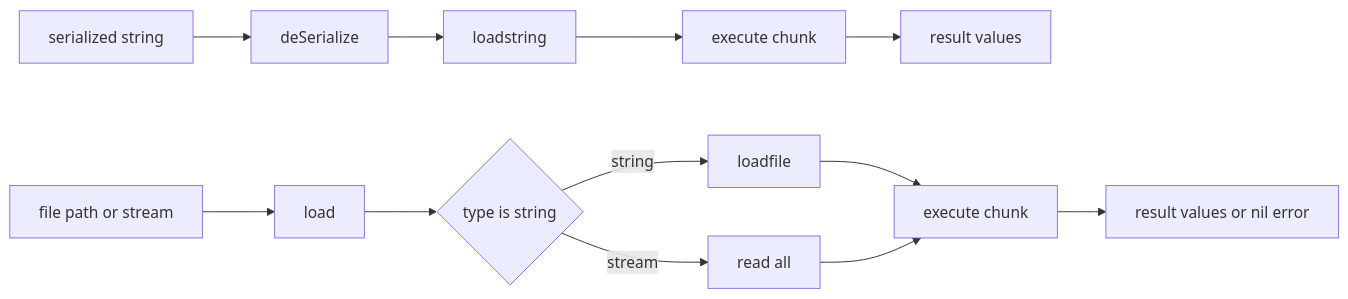
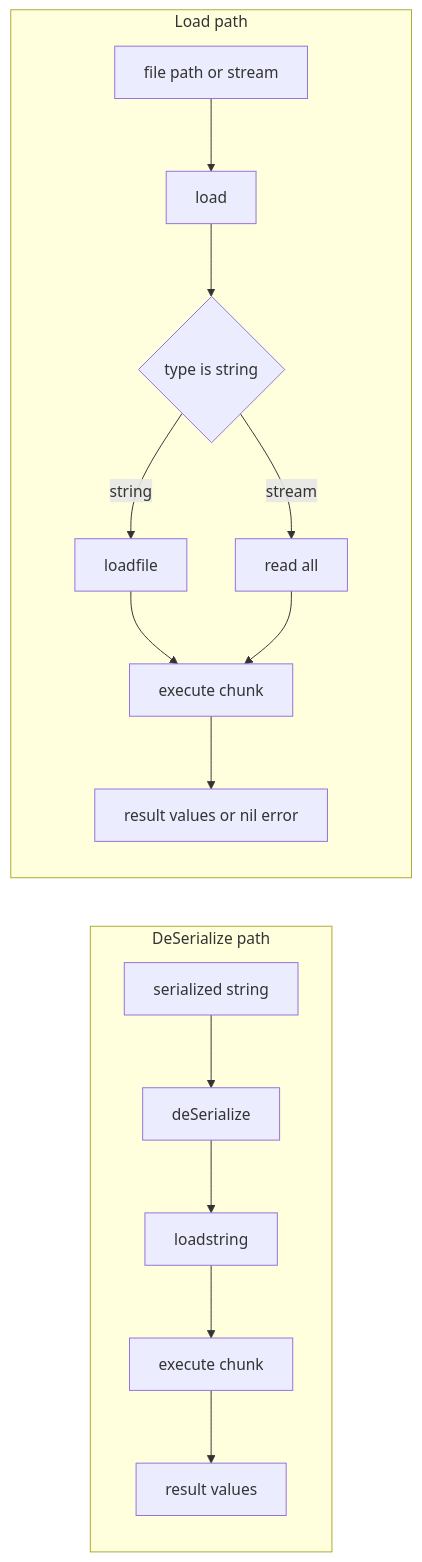
The first of 4 diagrams in docs/io/load_and_deserialize.md (Gh0st352/AETHR), drawn with Mermaid before and after one commit. The commit also changed other lines of this file and 5 other files, not shown here.

First line of the commit message:
docs(io): restructure Mermaid diagrams, add subgraphs & classes

````diff
--- a/docs/io/load_and_deserialize.md
+++ b/docs/io/load_and_deserialize.md
@@ -12,15 +12,25 @@
 ```mermaid
+%% shared theme: docs/_mermaid/theme.json %%
 flowchart LR
-  SZ[serialized string] --> DS[deSerialize]
-  DS --> LSTR[loadstring]
-  LSTR --> EXEC[execute chunk]
-  EXEC --> OUT[result values]
+  subgraph "DeSerialize path"
+    SZ[serialized string] --> DS[deSerialize]
+    DS --> LSTR[loadstring]
+    LSTR --> EXEC[execute chunk]
+    EXEC --> OUT[result values]
+  end
 
-  PATH[file path or stream] --> LD[load]
-  LD --> SEL{type is string}
-  SEL -->|string| LOADFILE[loadfile]
-  SEL -->|stream| READALL[read all]
-  LOADFILE --> EXEC2[execute chunk]
-  READALL --> EXEC2
-  EXEC2 --> OUT2[result values or nil error]
+  subgraph "Load path"
+    PATH[file path or stream] --> LD[load]
+    LD --> SEL{type is string}
+    SEL -->|string| LOADFILE[loadfile]
+    SEL -->|stream| READALL[read all]
+    LOADFILE --> EXEC2[execute chunk]
+    READALL --> EXEC2
+    EXEC2 --> OUT2[result values or nil error]
+  end
+
+  class SZ,DS,LSTR,PATH,LD class_io;
+  class SEL class_decision;
+  class EXEC,EXEC2 class_compute;
+  class OUT,OUT2 class_result;
 ```
````
